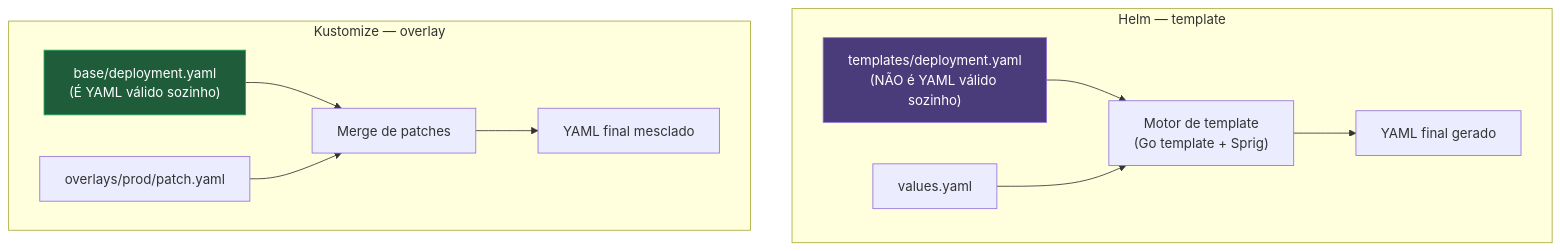
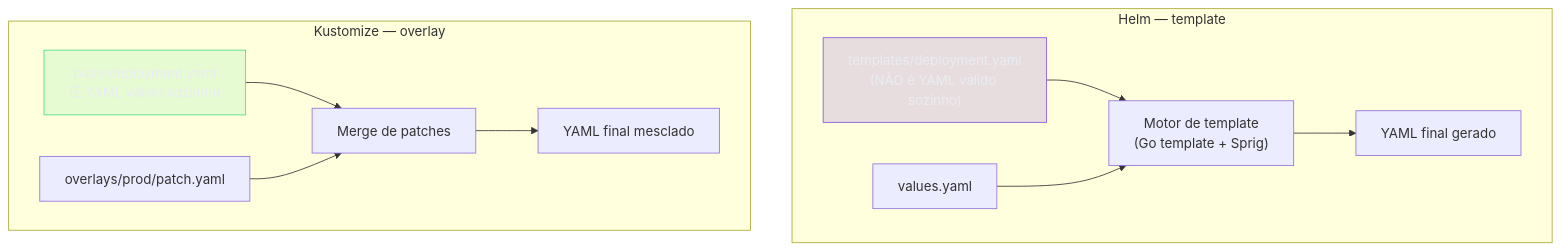
The diagram in 03-Dominios/Tecnologia/Infraestrutura/Kubernetes/14 - Helm e Kustomize.md (josenaldo/codex-technomanticus), drawn with Mermaid before and after one commit. The commit also changed 1181 other files, not shown here.

First line of the commit message:
fix(diagramas): paleta do sistema no lugar de cor cravada no markdown

````diff
--- a/03-Dominios/Tecnologia/Infraestrutura/Kubernetes/14 - Helm e Kustomize.md
+++ b/03-Dominios/Tecnologia/Infraestrutura/Kubernetes/14 - Helm e Kustomize.md
@@ -29,17 +29,19 @@
 ```mermaid
 graph TB
+    classDef marca fill:#8855DF33,stroke:#8855DF,color:#E9ECF2
+    classDef ok fill:#4ADE8021,stroke:#4ADE80,color:#E9ECF2
     subgraph Helm["Helm — template"]
         T["templates/deployment.yaml<br/>(NÃO é YAML válido sozinho)"] --> R["Motor de template<br/>(Go template + Sprig)"]
         V["values.yaml"] --> R
         R --> Y1["YAML final gerado"]
     end
 
     subgraph Kustomize["Kustomize — overlay"]
         B["base/deployment.yaml<br/>(É YAML válido sozinho)"] --> M["Merge de patches"]
         P["overlays/prod/patch.yaml"] --> M
         M --> Y2["YAML final mesclado"]
     end
 
-    style T fill:#4a3b7a,stroke:#8e6fd6,color:#fff
-    style B fill:#1e5c3a,stroke:#27ae60,color:#fff
+    class T marca
+    class B ok
 ```
````
